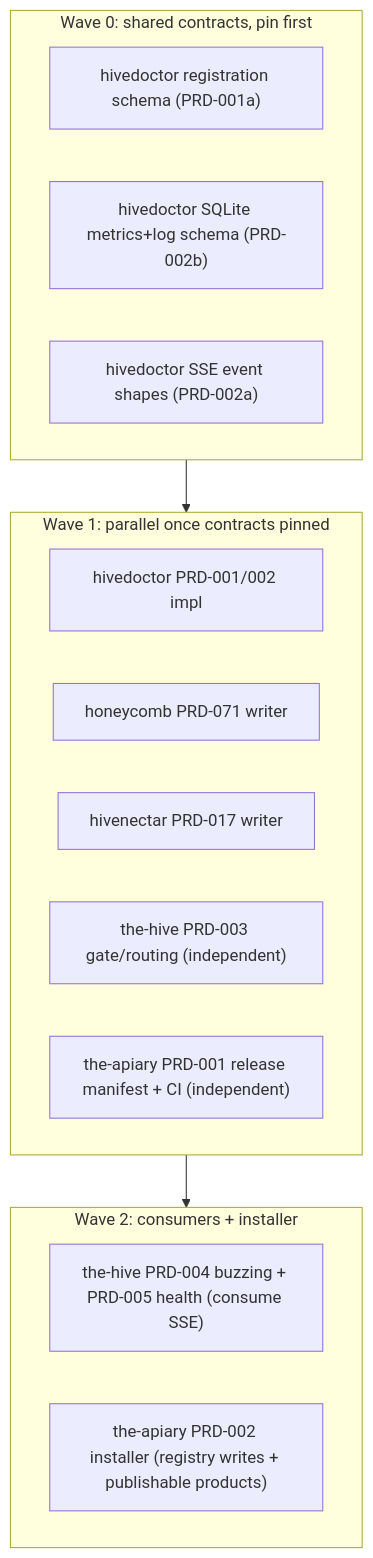
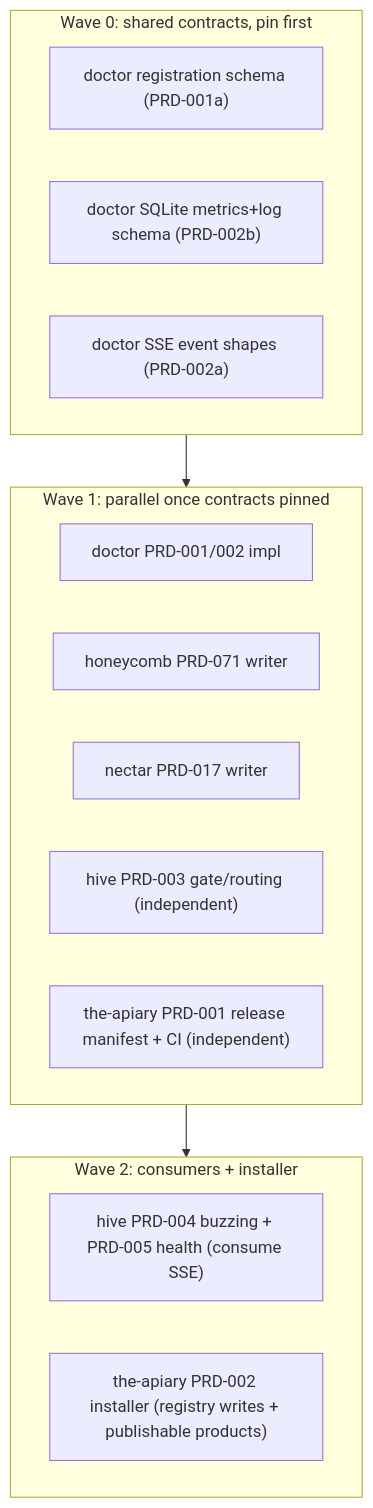
Before and after one commit to legioncodeinc/the-apiary: the diagram in library/initiatives/portal-and-telemetry-realignment.md, drawn with Mermaid. The commit also changed other lines of this file and 13 other files, not shown here.

````diff
--- a/library/initiatives/portal-and-telemetry-realignment.md
+++ b/library/initiatives/portal-and-telemetry-realignment.md
@@ -34,20 +34,20 @@
 ```mermaid
 flowchart TD
     subgraph w0 [Wave 0: shared contracts, pin first]
-        c1["hivedoctor registration schema (PRD-001a)"]
-        c2["hivedoctor SQLite metrics+log schema (PRD-002b)"]
-        c3["hivedoctor SSE event shapes (PRD-002a)"]
+        c1["doctor registration schema (PRD-001a)"]
+        c2["doctor SQLite metrics+log schema (PRD-002b)"]
+        c3["doctor SSE event shapes (PRD-002a)"]
     end
     subgraph w1 [Wave 1: parallel once contracts pinned]
-        h1["hivedoctor PRD-001/002 impl"]
+        h1["doctor PRD-001/002 impl"]
         hc["honeycomb PRD-071 writer"]
-        hn["hivenectar PRD-017 writer"]
-        r1["the-hive PRD-003 gate/routing (independent)"]
+        hn["nectar PRD-017 writer"]
+        r1["hive PRD-003 gate/routing (independent)"]
         a1["the-apiary PRD-001 release manifest + CI (independent)"]
     end
     subgraph w2 [Wave 2: consumers + installer]
-        r2["the-hive PRD-004 buzzing + PRD-005 health (consume SSE)"]
+        r2["hive PRD-004 buzzing + PRD-005 health (consume SSE)"]
         a2["the-apiary PRD-002 installer (registry writes + publishable products)"]
     end
     w0 --> w1 --> w2
 ```
````
